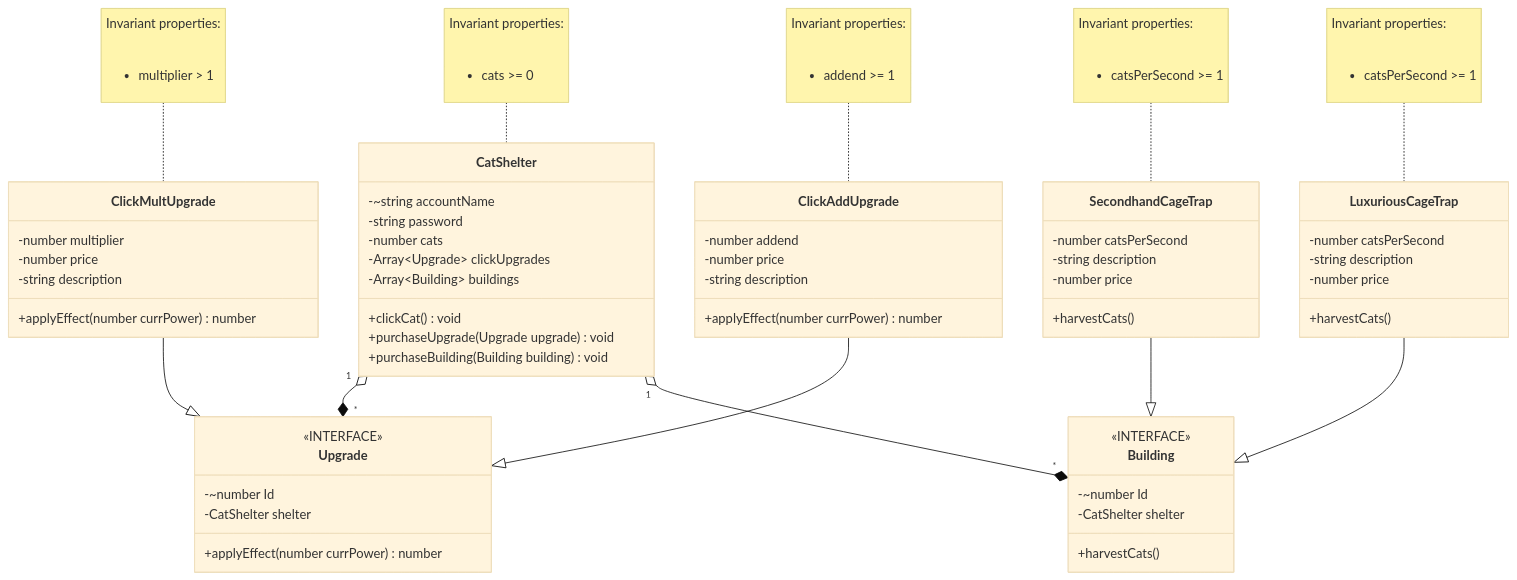
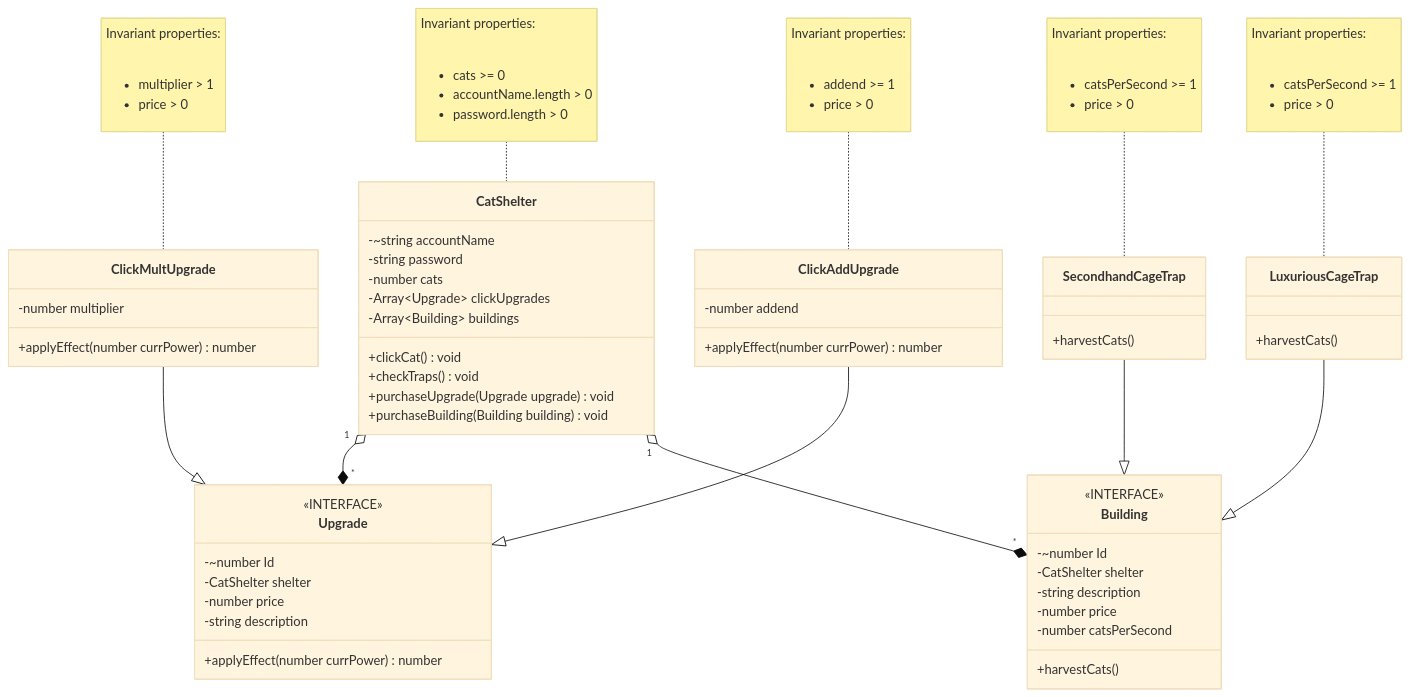
One commit to AndM-55/clicker-game changed the diagram in domain.md. Above: the diagram before and after it, drawn with Mermaid (base theme). The commit also changed 15 other files, not shown here.

````diff
--- a/domain.md
+++ b/domain.md
@@ -17,12 +17,15 @@
         -Array~Building~ buildings
 
         +clickCat() void
+        +checkTraps() void
         +purchaseUpgrade(Upgrade upgrade) void
         +purchaseBuilding(Building building) void
     }
     note for CatShelter "Invariant properties:
     <ul>
         <li>cats >= 0
+        <li>accountName.length > 0
+        <li>password.length > 0
     </ul>"
     CatShelter "1" o--* "*" Upgrade
     CatShelter "1" o--* "*" Building
@@ -31,13 +34,14 @@
         <<INTERFACE>>
         -~number Id
         -CatShelter shelter
+        -string description
+        -number price
+        -number catsPerSecond
         +harvestCats() 
     }
 
     class SecondhandCageTrap {
-        -number catsPerSecond
-        -string description
-        -number price
+        
         +harvestCats() 
 
     }
@@ -45,17 +49,16 @@
     note for SecondhandCageTrap "Invariant properties:
     <ul>
         <li> catsPerSecond >= 1
+        <li> price > 0
     </ul>"
 
     class LuxuriousCageTrap {
-        -number catsPerSecond
-        -string description
-        -number price
         +harvestCats() 
     }
     note for LuxuriousCageTrap "Invariant properties:
     <ul>
         <li> catsPerSecond >= 1
+        <li> price > 0
     </ul>"
     LuxuriousCageTrap --|> Building
 
@@ -63,31 +66,32 @@
         <<INTERFACE>>
         -~number Id
         -CatShelter shelter
+        -number price
+        -string description
         +applyEffect(number currPower) number
         
     }
 
     class ClickMultUpgrade {
         -number multiplier
-        -number price
-        -string description
+        
         +applyEffect(number currPower) number
     }
     note for ClickMultUpgrade "Invariant properties:
     <ul>
         <li> multiplier > 1
+        <li> price > 0
     </ul>"
     ClickMultUpgrade --|> Upgrade
 
     class ClickAddUpgrade {
         -number addend
-        -number price
-        -string description
         +applyEffect(number currPower) number
     }
     note for ClickAddUpgrade "Invariant properties:
     <ul>
         <li> addend >= 1
+        <li> price > 0
     </ul>"
     ClickAddUpgrade --|> Upgrade
 ```
````
